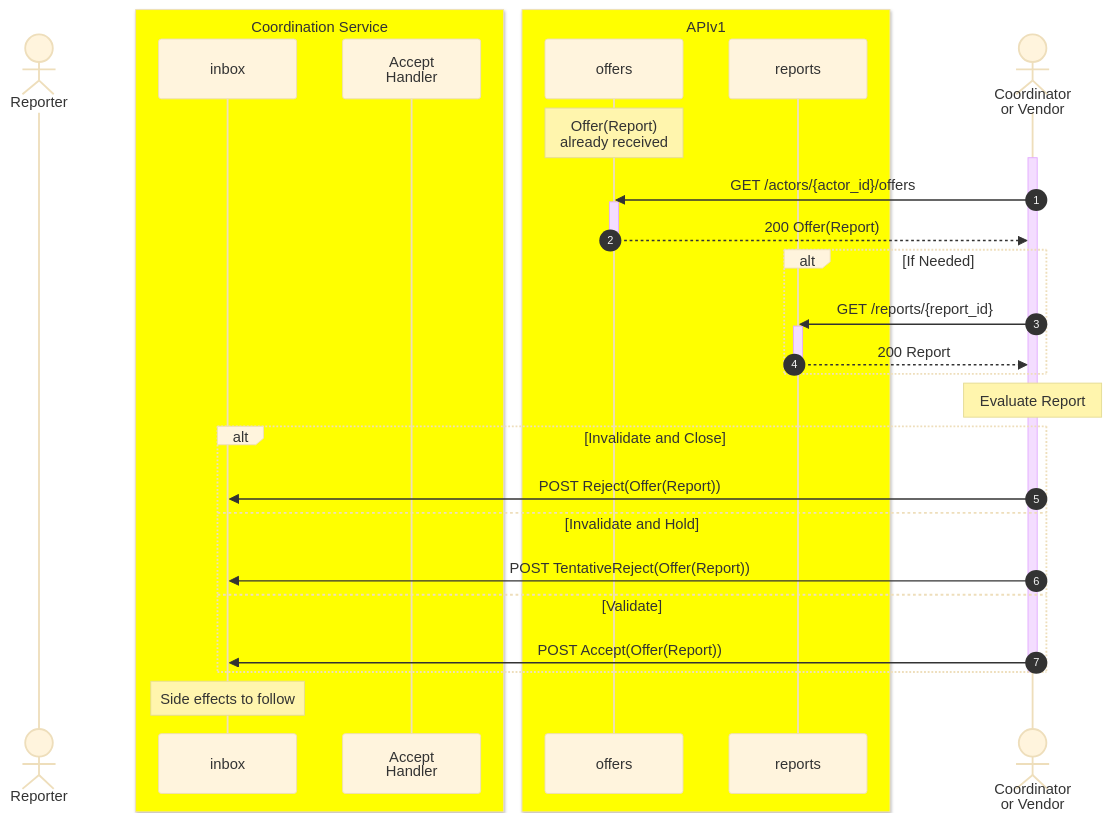
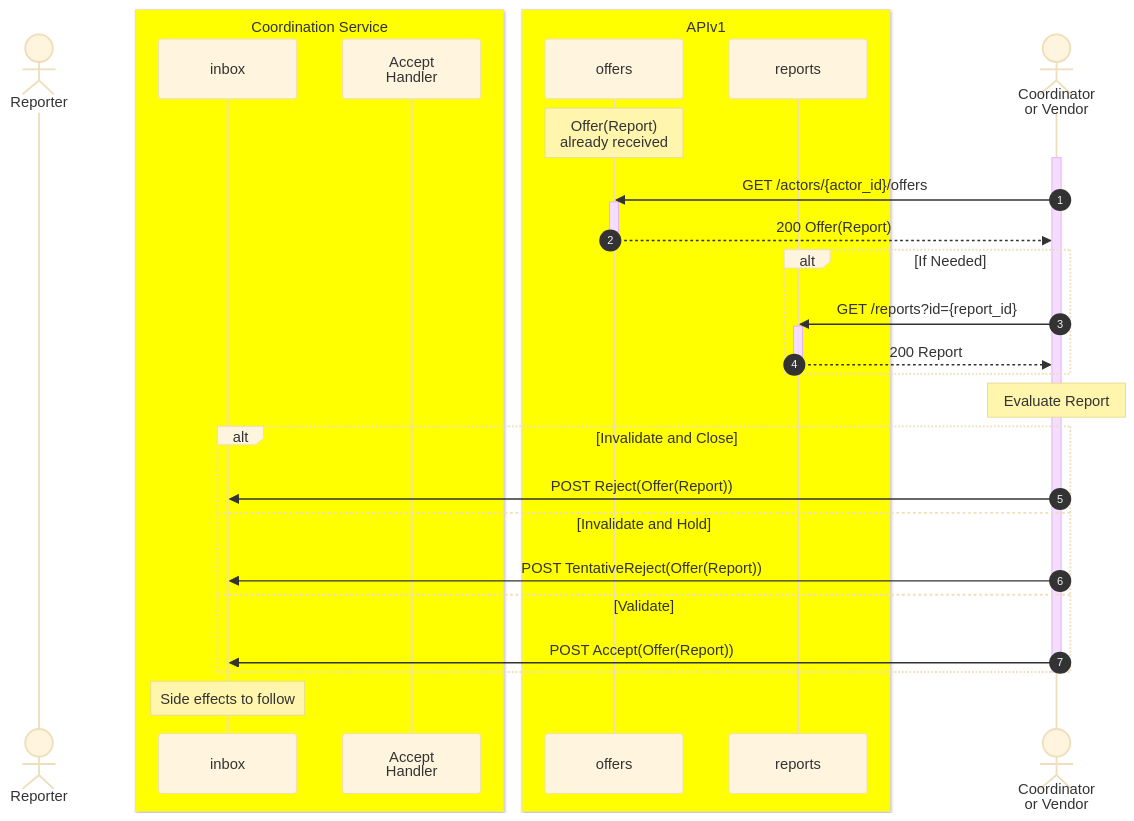
The third of 7 diagrams in docs/howto/activitypub/activities/report_vulnerability.md (CERTCC/Vultron), drawn with Mermaid (base theme) before and after one commit. The commit also changed 12 other files, not shown here.

````diff
--- a/docs/howto/activitypub/activities/report_vulnerability.md
+++ b/docs/howto/activitypub/activities/report_vulnerability.md
@@ -133,36 +133,36 @@
 ```mermaid
 sequenceDiagram
     autonumber
     actor finder as Reporter
     box Yellow Coordination Service
         participant inbox
         participant accept_hdlr as Accept<br/>Handler
     end
     box Yellow APIv1
         participant offers
         participant reports
     end
     actor coordinator as Coordinator<br/>or Vendor
     note over offers: Offer(Report)<br/>already received
     activate coordinator
     coordinator ->> offers: GET /actors/{actor_id}/offers
     activate offers
     offers -->> coordinator: 200 Offer(Report)
     deactivate offers
     alt If Needed
-        coordinator ->> reports: GET /reports/{report_id}
+        coordinator ->> reports: GET /reports?id={report_id}
         activate reports
         reports -->> coordinator: 200 Report
         deactivate reports
     end
     note over coordinator: Evaluate Report
     alt Invalidate and Close
         coordinator ->> inbox: POST Reject(Offer(Report))
     else Invalidate and Hold
         coordinator ->> inbox: POST TentativeReject(Offer(Report))
     else Validate
         coordinator ->> inbox: POST Accept(Offer(Report))
     end
     deactivate coordinator
     note over inbox: Side effects to follow
 ```
````
